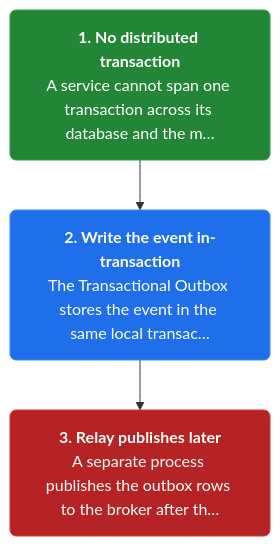
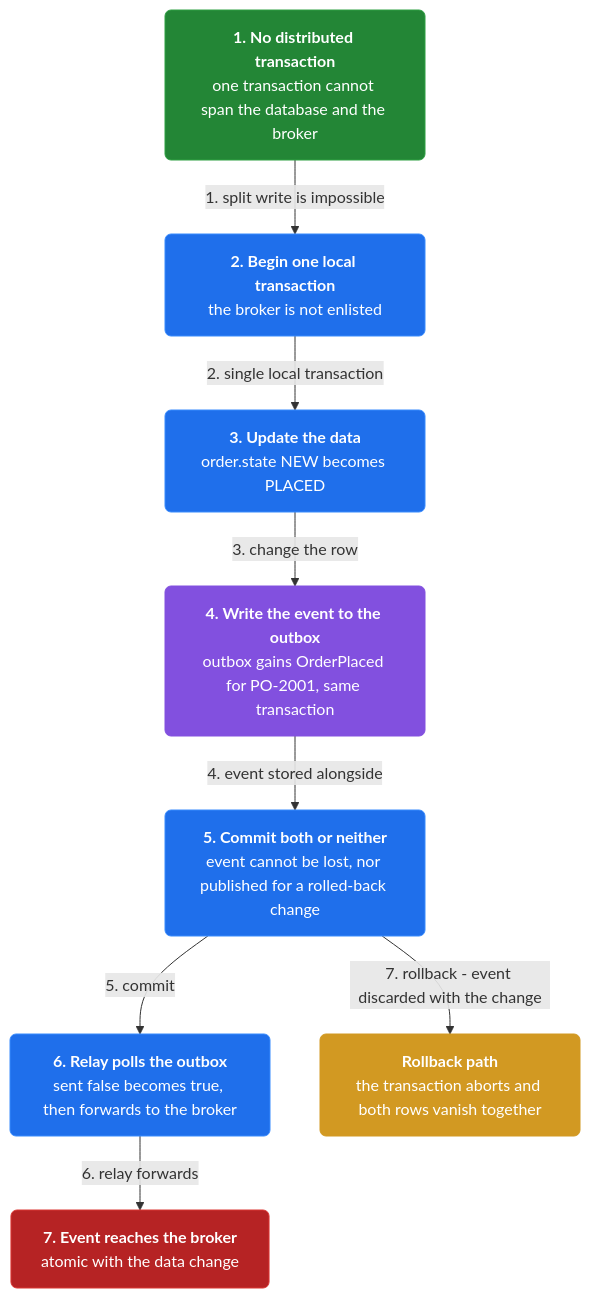
The third of 3 diagrams in docs/ch17-domain-event.md (vinayakuber/microservices-io-study-guide), drawn with Mermaid before and after one commit. The commit also changed other lines of this file and 46 other files, not shown here.

First line of the commit message:
Author rich branching flow diagrams for all 44 chapters

````diff
--- a/docs/ch17-domain-event.md
+++ b/docs/ch17-domain-event.md
@@ -91,11 +109,23 @@
 ```mermaid
 flowchart TD
-  classDef step fill:#1f6feb,color:#ffffff,stroke:#388bfd,stroke-width:1px,rx:6
+  classDef step fill:#1f6feb,color:#ffffff,stroke:#388bfd,rx:6
+  classDef core fill:#8250df,color:#ffffff,stroke:#8250df,rx:6
+  classDef warn fill:#d29922,color:#ffffff,stroke:#d29922,rx:6
   classDef start fill:#238636,color:#ffffff,stroke:#2ea043,rx:6
   classDef stop fill:#b62324,color:#ffffff,stroke:#da3633,rx:6
-  s2n0["<b>1. No distributed transaction</b><br/>A service cannot span one transaction across its database and the m…"]:::start
-  s2n1["<b>2. Write the event in-transaction</b><br/>The Transactional Outbox stores the event in the same local transac…"]:::step
-  s2n2["<b>3. Relay publishes later</b><br/>A separate process publishes the outbox rows to the broker after th…"]:::stop
-  s2n0 --> s2n1
-  s2n1 --> s2n2
+  n0["<b>1. No distributed transaction</b><br/>one transaction cannot span the database and the broker"]:::start
+  n1["<b>2. Begin one local transaction</b><br/>the broker is not enlisted"]:::step
+  n2["<b>3. Update the data</b><br/>order.state NEW becomes PLACED"]:::step
+  n3["<b>4. Write the event to the outbox</b><br/>outbox gains OrderPlaced for PO-2001, same transaction"]:::core
+  n4["<b>5. Commit both or neither</b><br/>event cannot be lost, nor published for a rolled-back change"]:::step
+  n5["<b>6. Relay polls the outbox</b><br/>sent false becomes true, then forwards to the broker"]:::step
+  n6["<b>7. Event reaches the broker</b><br/>atomic with the data change"]:::stop
+  n7["<b>Rollback path</b><br/>the transaction aborts and both rows vanish together"]:::warn
+  n0 -->|"1. split write is impossible"| n1
+  n1 -->|"2. single local transaction"| n2
+  n2 -->|"3. change the row"| n3
+  n3 -->|"4. event stored alongside"| n4
+  n4 -->|"5. commit"| n5
+  n5 -->|"6. relay forwards"| n6
+  n4 -->|"7. rollback - event discarded with the change"| n7
 ```
````
